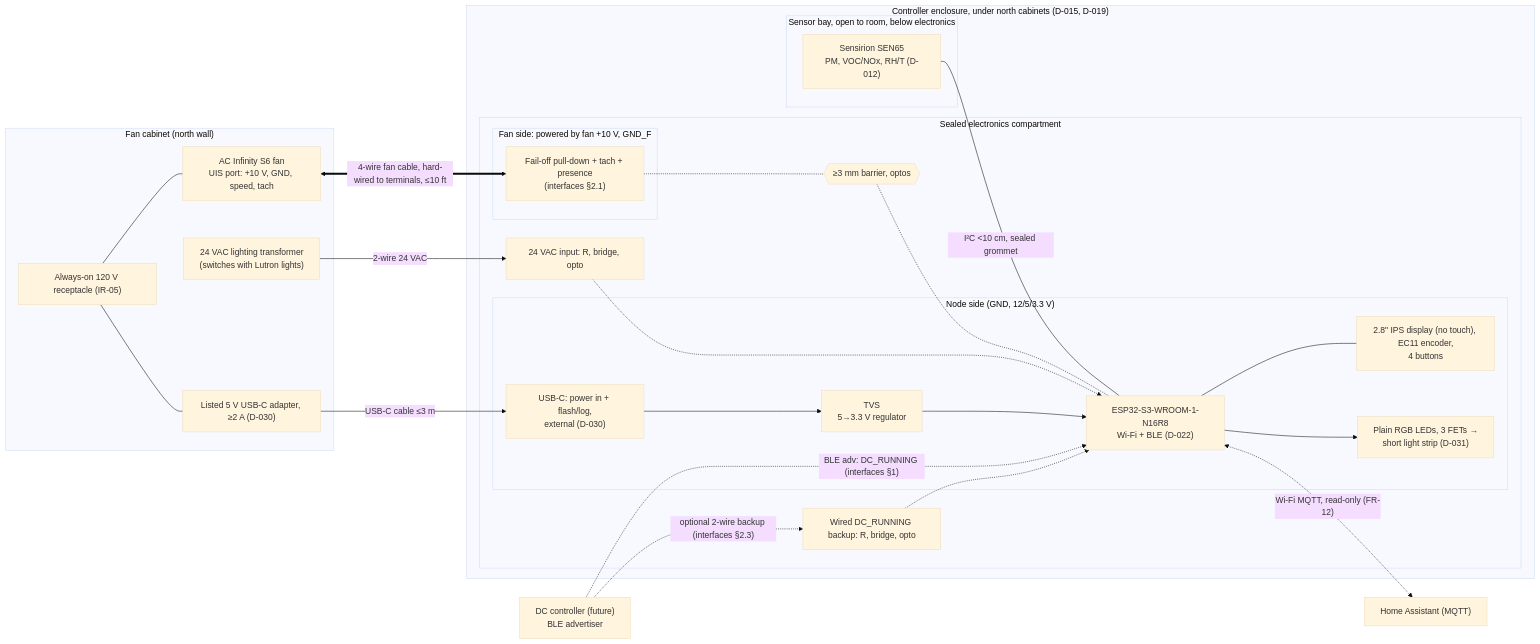
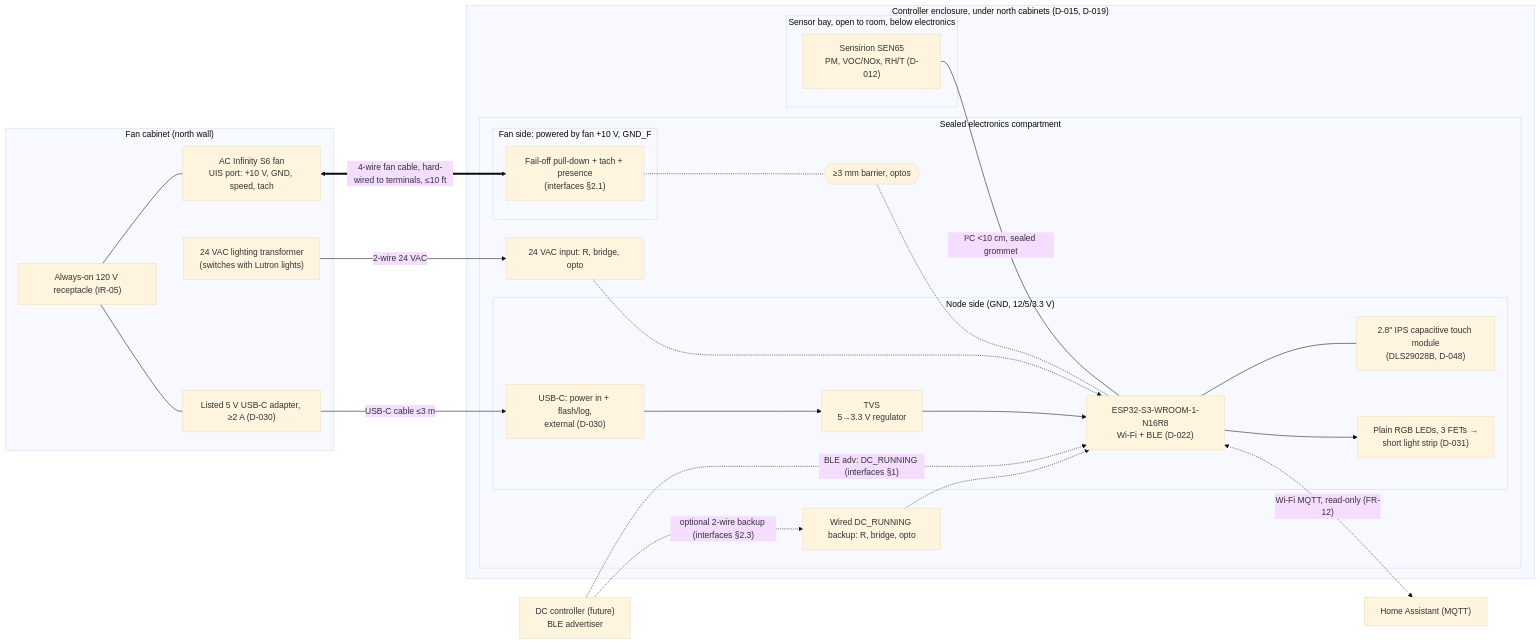
Before and after one commit to metcalf/shop-exhaust-control: the diagram in docs/architecture.md, drawn with Mermaid (base theme). The commit also changed other lines of this file and 23 other files, not shown here.

First line of the commit message:
Switch to a touch-only panel on the DLS29028B (D-048)

````diff
--- a/docs/architecture.md
+++ b/docs/architecture.md
@@ -9,46 +9,46 @@
 ```mermaid
 flowchart LR
   subgraph CAB["Fan cabinet (north wall)"]
     REC["Always-on 120 V receptacle (IR-05)"]
     S6["AC Infinity S6 fan<br/>UIS port: +10 V, GND, speed, tach"]
     XFMR["24 VAC lighting transformer<br/>(switches with Lutron lights)"]
     PSU["Listed 5 V USB-C adapter, ≥2 A (D-030)"]
     REC --- S6
     REC --- PSU
   end
 
   subgraph ENC["Controller enclosure, under north cabinets (D-015, D-019)"]
     subgraph EC["Sealed electronics compartment"]
       subgraph FS["Fan side: powered by fan +10 V, GND_F"]
         FAN_IF["Fail-off pull-down + tach + presence<br/>(interfaces §2.1)"]
       end
       BAR1{{"≥3 mm barrier, optos"}}
       subgraph NODE["Node side (GND, 12/5/3.3 V)"]
         MCU["ESP32-S3-WROOM-1-N16R8<br/>Wi-Fi + BLE (D-022)"]
         PWR["TVS<br/>5→3.3 V regulator"]
-        PANEL["2.8&quot; IPS display (no touch), EC11 encoder,<br/>4 buttons"]
+        PANEL["2.8&quot; IPS capacitive touch module<br/>(DLS29028B, D-048)"]
         LEDS["Plain RGB LEDs, 3 FETs →<br/>short light strip (D-031)"]
         USB["USB-C: power in + flash/log,<br/>external (D-030)"]
       end
       OCC_IF["24 VAC input: R, bridge, opto"]
       DC_IF["Wired DC_RUNNING backup: R, bridge, opto"]
     end
     subgraph BAY["Sensor bay, open to room, below electronics"]
       SEN["Sensirion SEN65<br/>PM, VOC/NOx, RH/T (D-012)"]
     end
   end
 
   DC["DC controller (future)<br/>BLE advertiser"]
   HA["Home Assistant (MQTT)"]
 
   S6 <== "4-wire fan cable, hard-wired to terminals, ≤10 ft" ==> FAN_IF
   FAN_IF -.- BAR1 -.- MCU
   XFMR -- "2-wire 24 VAC" --> OCC_IF -.-> MCU
   PSU -- "USB-C cable ≤3 m" --> USB --> PWR --> MCU
   SEN -- "I²C <10 cm, sealed grommet" --- MCU
   MCU --- PANEL
   MCU --> LEDS
   DC -. "BLE adv: DC_RUNNING (interfaces §1)" .-> MCU
   DC -. "optional 2-wire backup (interfaces §2.3)" .-> DC_IF -.-> MCU
   MCU <-. "Wi-Fi MQTT, read-only (FR-12)" .-> HA
 ```
````
